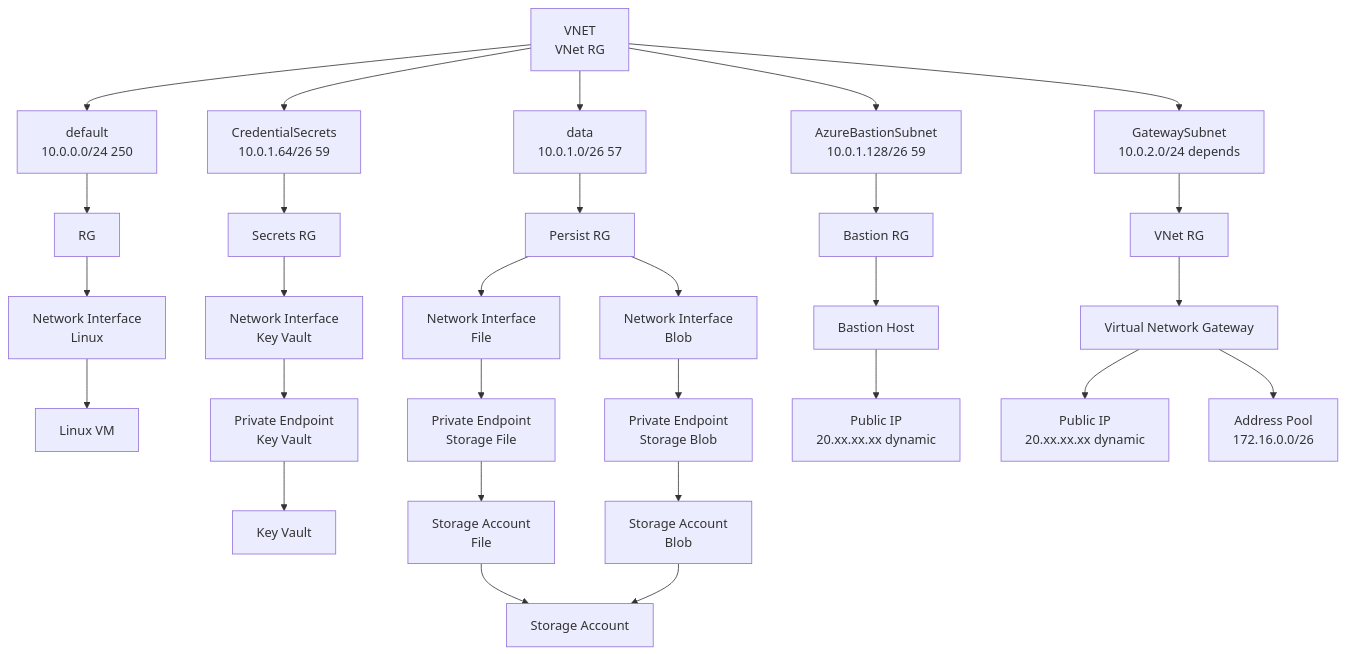
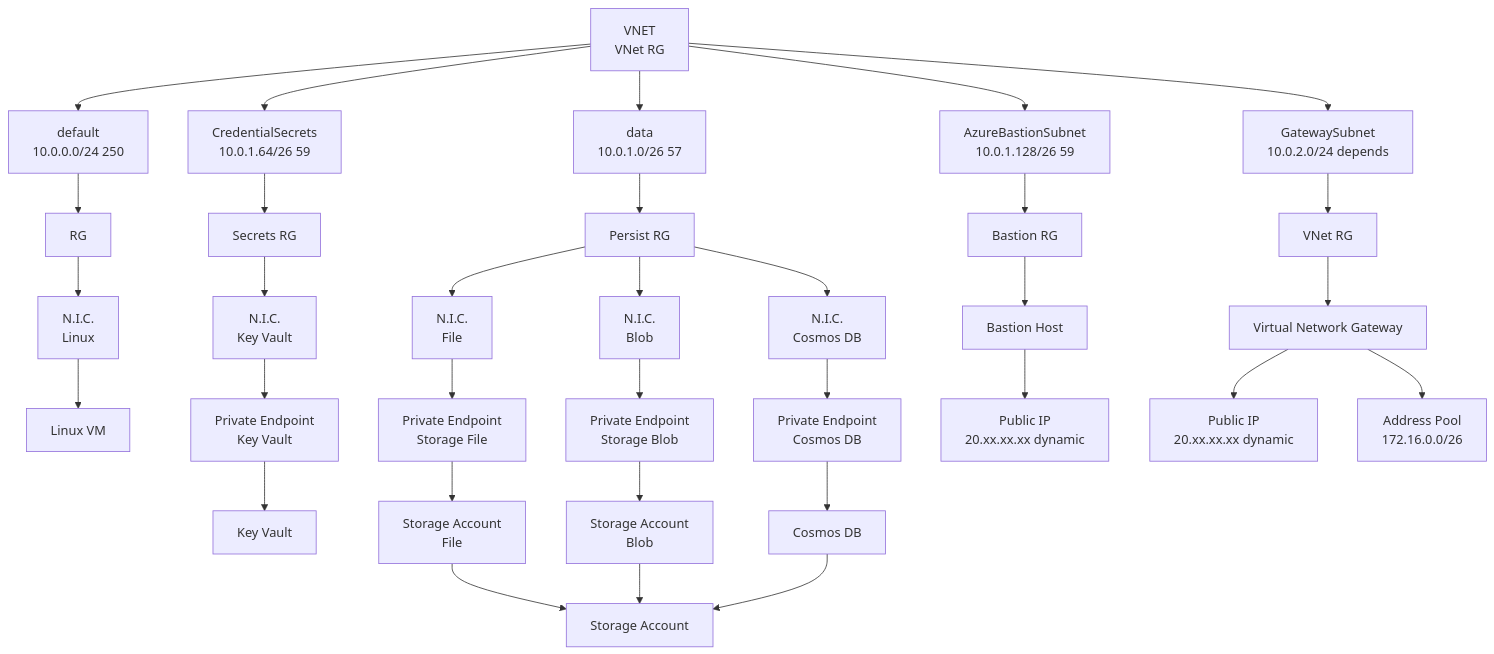
One commit to freemansoft/vnet-p2s-vpn-bastion-azure changed the first of 2 diagrams in README.md. Above: the diagram before and after it, drawn with Mermaid. The commit also changed other lines of this file and 6 other files, not shown here.

Commit message:
Add cosmos db with private link endpoints

````diff
--- a/README.md
+++ b/README.md
@@ -67,42 +68,50 @@
 ```mermaid
 flowchart TD
     A[VNET<br/> VNet RG]
     A --> SubDef[default <br/>10.0.0.0/24 250]
     A --> SubData[data <br/>10.0.1.0/26 57]
     A --> SubCred[CredentialSecrets <br/>10.0.1.64/26 59]
     A --> SubBast[AzureBastionSubnet <br/>10.0.1.128/26 59]
     A --> SubVng[GatewaySubnet <br/>10.0.2.0/24  depends]
 
     SubDef --> SubDefRg[RG]
-    SubDefRg --> NicVM[Network Interface<br/>Linux]
+    SubDefRg --> NicVM[N.I.C.<br/>Linux]
     NicVM --> VM[Linux VM]
 
     SubCred --> SubCredRg[Secrets RG]
-    SubCredRg --> NicKeyVault[Network Interface<br/>Key Vault]
+    SubCredRg --> NicKeyVault[N.I.C.<br/>Key Vault]
     NicKeyVault --> PleKV[Private Endpoint<br/>Key Vault]
     PleKV --> KeyVault[Key Vault]
     
     StorAct[Storage Account]
     StorFile[Storage Account<br/>File]
     StorBlob[Storage Account<br/>Blob] 
 
+    CosmosDB[Cosmos DB]
+
     SubData --> SubPersistRg[Persist RG]
-    SubPersistRg --> NicStorFile[Network Interface<br/>File]
+    
+    SubPersistRg --> NicStorFile[N.I.C.<br/>File]
     NicStorFile --> PleFile[Private Endpoint<br/>Storage File]
     PleFile --> StorFile
     StorFile --> StorAct
 
-    SubPersistRg --> NicStorBlob[Network Interface<br/>Blob]
+    SubPersistRg --> NicStorBlob[N.I.C.<br/>Blob]
     NicStorBlob --> PleBlob[Private Endpoint<br/>Storage Blob]
     PleBlob --> StorBlob
     StorBlob --> StorAct
+
+    SubPersistRg --> NicCosmos[N.I.C.<br/> Cosmos DB]
+    NicCosmos --> PleCosmos[Private Endpoint<br/>Cosmos DB]
+    PleCosmos --> CosmosDB
+    CosmosDB --> StorAct
 
     SubBast --> SubBastRg[Bastion RG]
     SubBastRg --> Bastion[Bastion Host]
     Bastion --> PubaAst[Public IP<br>20.xx.xx.xx dynamic]
 
     SubVng --> SubVngRg[VNet RG]
     SubVngRg --> VNG[Virtual Network Gateway]
     VNG --> PubVNG[Public IP<br>20.xx.xx.xx dynamic]
     VNG --> PoolVNG[Address Pool<br>172.16.0.0/26]
 ```
````
